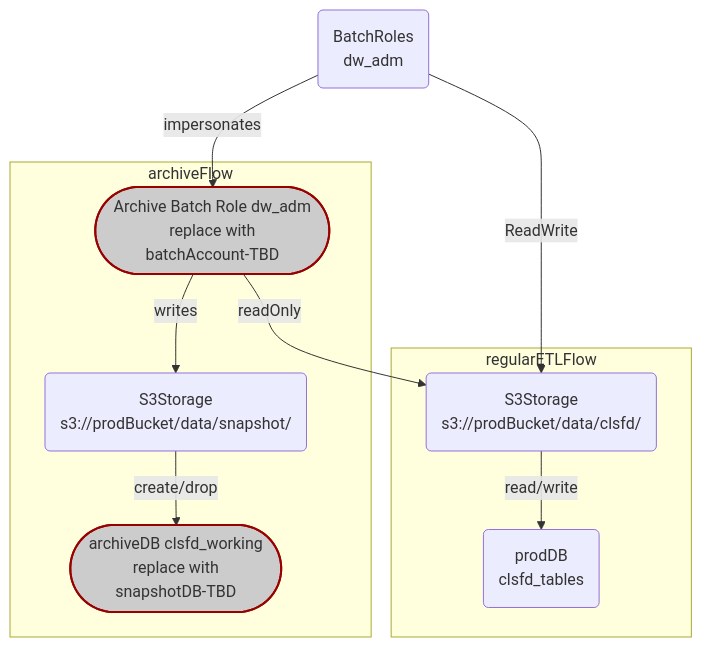
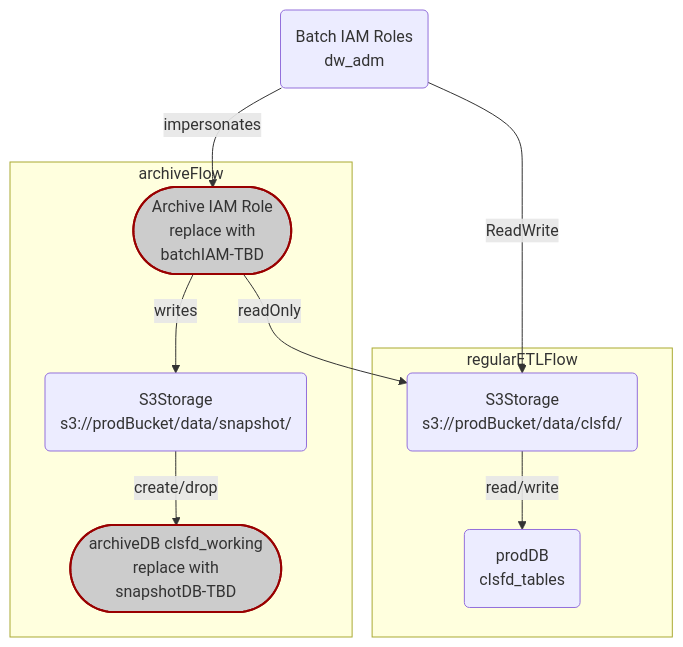
Before and after one commit to chewuchewuchewu/mermaidDiagrams: the diagram in datagovernance-snapshot-enhanceACL.md, drawn with Mermaid.

````diff
--- a/datagovernance-snapshot-enhanceACL.md
+++ b/datagovernance-snapshot-enhanceACL.md
@@ -1,15 +1,15 @@
 ```mermaid
 graph TD
-    dw_adm(BatchRoles<br>dw_adm)-->|ReadWrite|Prod
-    dw_adm-->|impersonates|archiveBatchRole([Archive Batch Role dw_adm<br>replace with<br>batchAccount-TBD])
+    dw_adm(Batch IAM Roles<br>dw_adm)-->|ReadWrite|Prod
+    dw_adm-->|impersonates|archiveBatchRole([Archive IAM Role<br>replace with<br>batchIAM-TBD])
     subgraph regularETLFlow
         Prod("S3Storage<br>s3://prodBucket/data/clsfd/")-->|read/write|prodTables(prodDB<br>clsfd_tables)
     end
     subgraph archiveFlow
         archiveBatchRole--> |readOnly|Prod
         archiveBatchRole--> |writes|ArchiveStorage("S3Storage<br>s3://prodBucket/data/snapshot/")-->|create/drop|archiveTables([archiveDB clsfd_working <br>replace with<br>snapshotDB-TBD])
     end
 
      style archiveBatchRole fill:#ccc,stroke:#900,stroke-width:2px
      style archiveTables fill:#ccc,stroke:#900,stroke-width:2px
 ```
````
